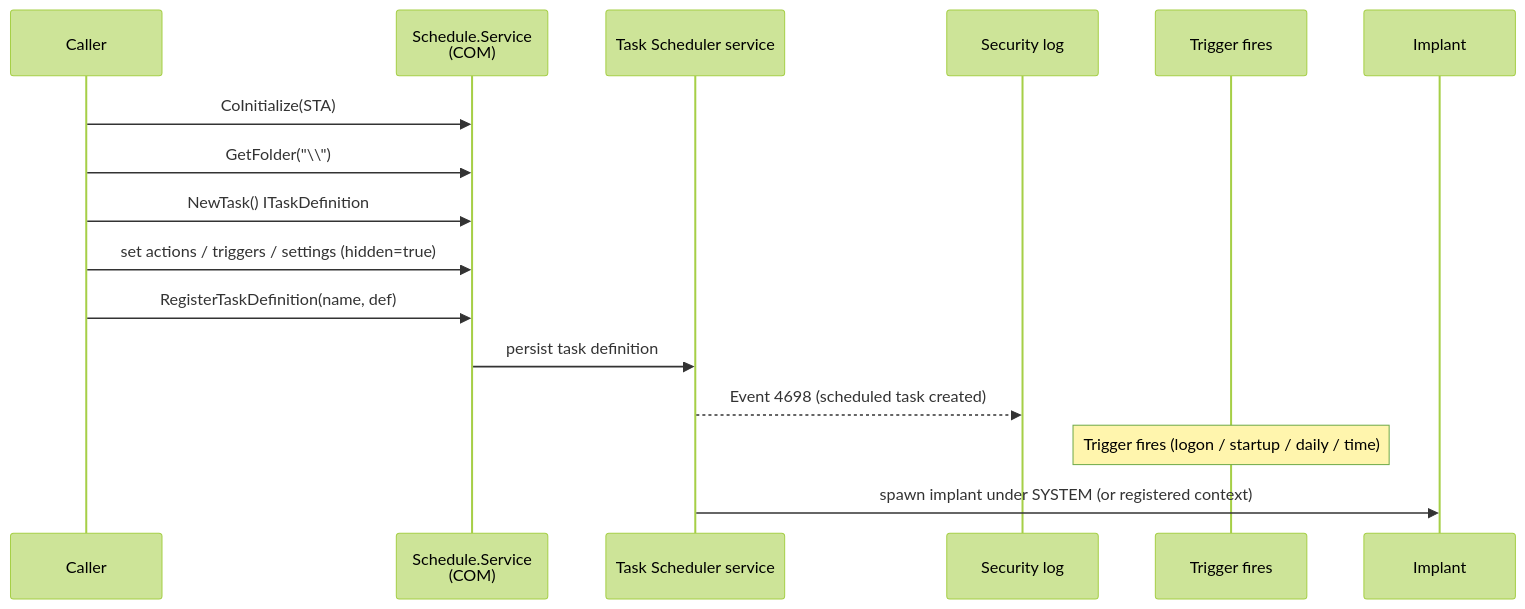
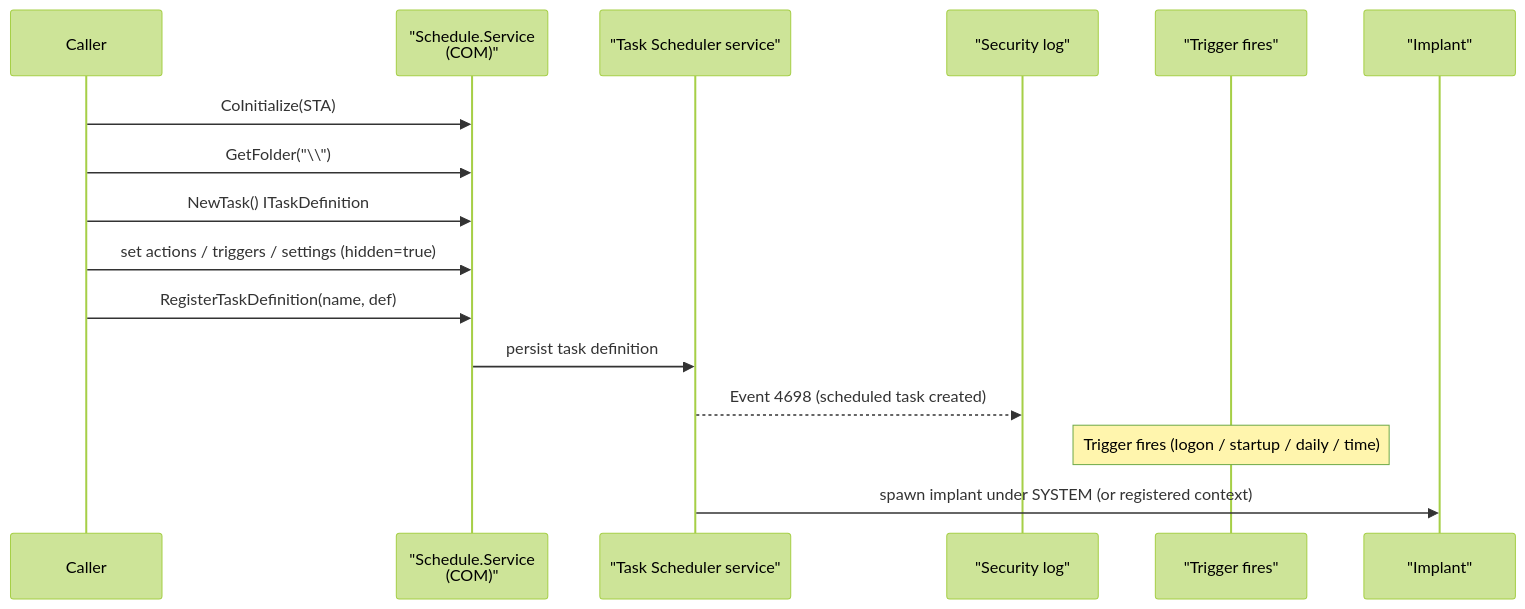
The diagram in docs/techniques/persistence/task-scheduler.md (oioio-space/maldev), drawn with Mermaid (forest theme) before and after one commit. The commit also changed 52 other files, not shown here.

First line of the commit message:
fix(docs): quote multi-word Mermaid participant aliases — 11.2.0 strict-mode sweep

````diff
--- a/docs/techniques/persistence/task-scheduler.md
+++ b/docs/techniques/persistence/task-scheduler.md
@@ -37,19 +37,19 @@
 ```mermaid
 sequenceDiagram
     participant Caller
-    participant COM as Schedule.Service<br>(COM)
-    participant TS as Task Scheduler service
-    participant Audit as Security log
-    participant Trig as Trigger fires
-    participant Bin as Implant
+    participant COM as "Schedule.Service<br>(COM)"
+    participant TS as "Task Scheduler service"
+    participant Audit as "Security log"
+    participant Trig as "Trigger fires"
+    participant Bin as "Implant"
 
     Caller->>COM: CoInitialize(STA)
     Caller->>COM: GetFolder("\\")
     Caller->>COM: NewTask() ITaskDefinition
     Caller->>COM: set actions / triggers / settings (hidden=true)
     Caller->>COM: RegisterTaskDefinition(name, def)
     COM->>TS: persist task definition
     TS-->>Audit: Event 4698 (scheduled task created)
     Note over Trig: Trigger fires (logon / startup / daily / time)
     TS->>Bin: spawn implant under SYSTEM (or registered context)
 ```
````
